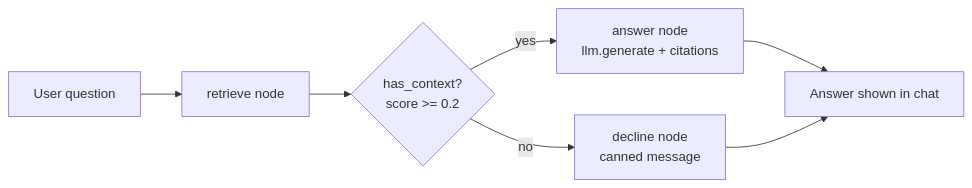
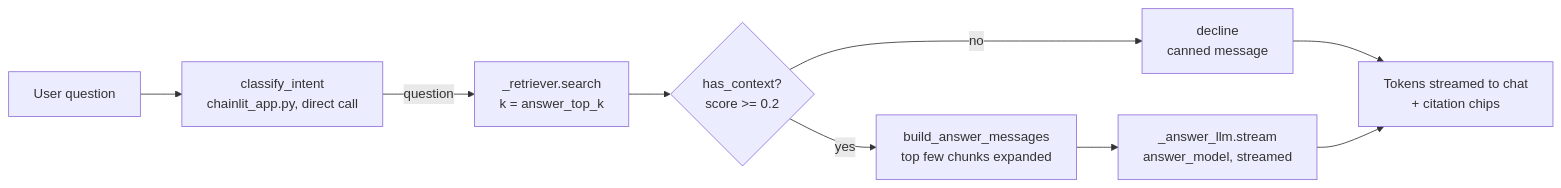
The second of 3 diagrams in WORKFLOW.md (ranjithpotlapelly/forge), drawn with Mermaid before and after one commit. The commit also changed other lines of this file, not shown here.

````diff
--- a/WORKFLOW.md
+++ b/WORKFLOW.md
@@ -152,9 +183,10 @@
 ```mermaid
 flowchart LR
-    U[User question] --> R[retrieve node]
+    U[User question] --> CI[classify_intent<br/>chainlit_app.py, direct call]
+    CI -->|question| R[_retriever.search<br/>k = answer_top_k]
     R --> D{has_context?<br/>score >= 0.2}
-    D -->|yes| A[answer node<br/>llm.generate + citations]
-    D -->|no| X[decline node<br/>canned message]
-    A --> O[Answer shown in chat]
-    X --> O
+    D -->|no| X[decline<br/>canned message] --> O
+    D -->|yes| M[build_answer_messages<br/>top few chunks expanded]
+    M --> A[_answer_llm.stream<br/>answer_model, streamed]
+    A --> O[Tokens streamed to chat<br/>+ citation chips]
 ```
````
